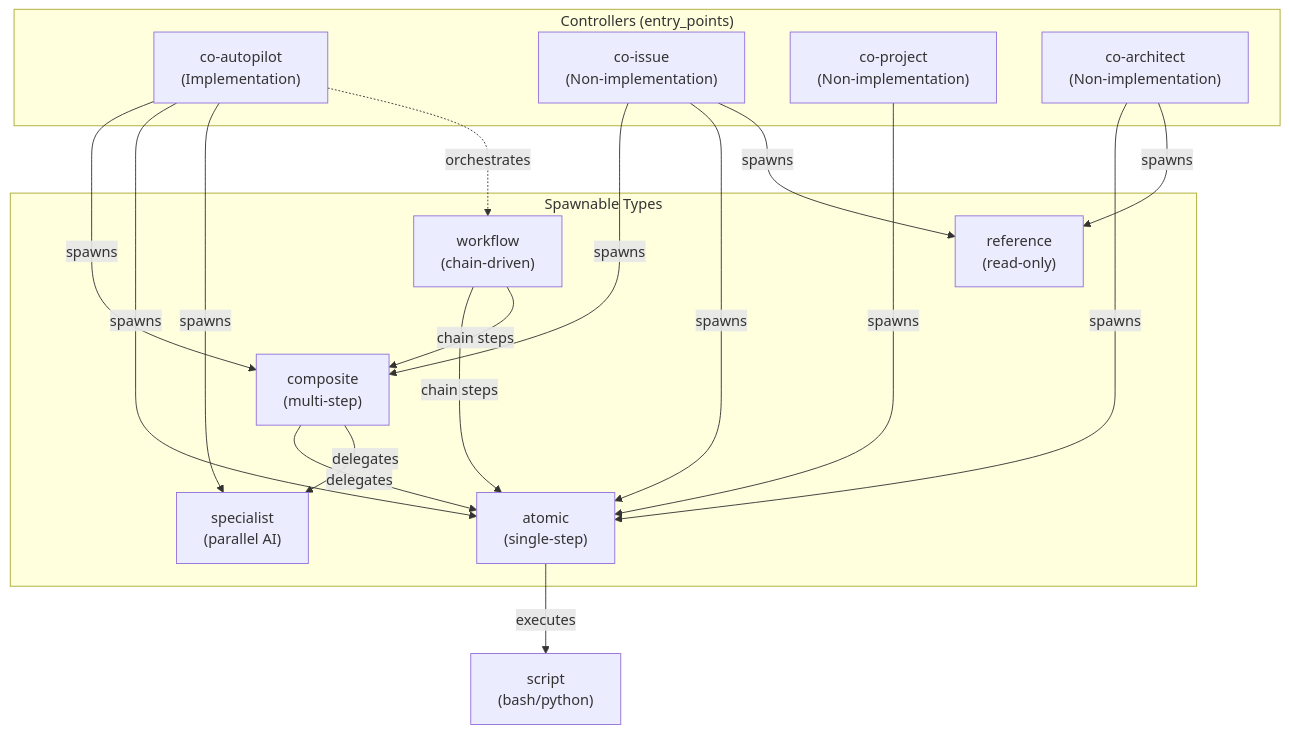
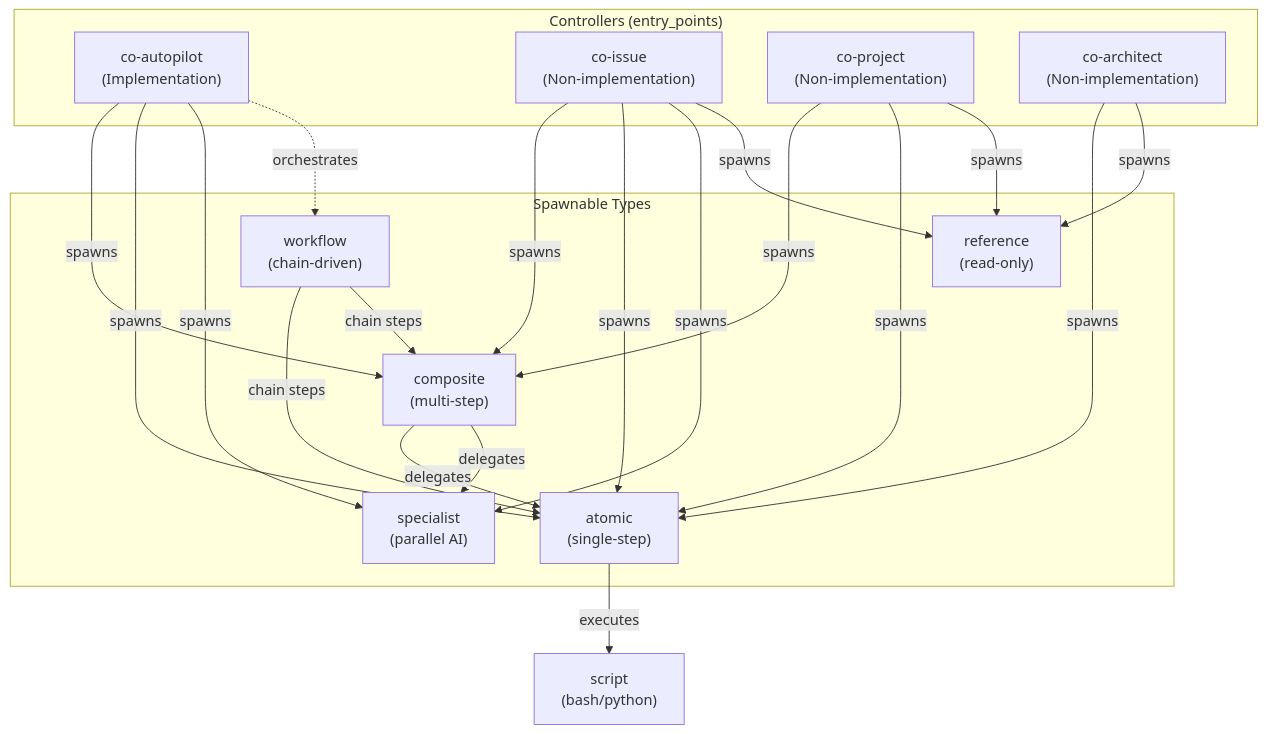
Before and after one commit to shuu5/twill: the second of 6 diagrams in plugins/dev/architecture/domain/model.md, drawn with Mermaid. The commit also changed other lines of this file and 109 other files, not shown here.

First line of the commit message:
refactor(architecture): 全面リフレッシュ - living document化

````diff
--- a/plugins/dev/architecture/domain/model.md
+++ b/plugins/dev/architecture/domain/model.md
@@ -76,37 +89,40 @@
 ```mermaid
 graph TD
     subgraph "Controllers (entry_points)"
         CA["co-autopilot<br/>(Implementation)"]
         CI["co-issue<br/>(Non-implementation)"]
         CP["co-project<br/>(Non-implementation)"]
         CR["co-architect<br/>(Non-implementation)"]
     end
 
     subgraph "Spawnable Types"
         WF["workflow<br/>(chain-driven)"]
         CM["composite<br/>(multi-step)"]
         AT["atomic<br/>(single-step)"]
         SP["specialist<br/>(parallel AI)"]
         RF["reference<br/>(read-only)"]
     end
 
     CA -->|spawns| CM
     CA -->|spawns| AT
     CA -->|spawns| SP
 
     CI -->|spawns| CM
     CI -->|spawns| AT
+    CI -->|spawns| SP
     CI -->|spawns| RF
 
+    CP -->|spawns| CM
     CP -->|spawns| AT
+    CP -->|spawns| RF
 
     CR -->|spawns| AT
     CR -->|spawns| RF
 
     CA -.->|orchestrates| WF
     WF -->|chain steps| AT
     WF -->|chain steps| CM
     CM -->|delegates| AT
     CM -->|delegates| SP
     AT -->|executes| SC["script<br/>(bash/python)"]
 ```
````
